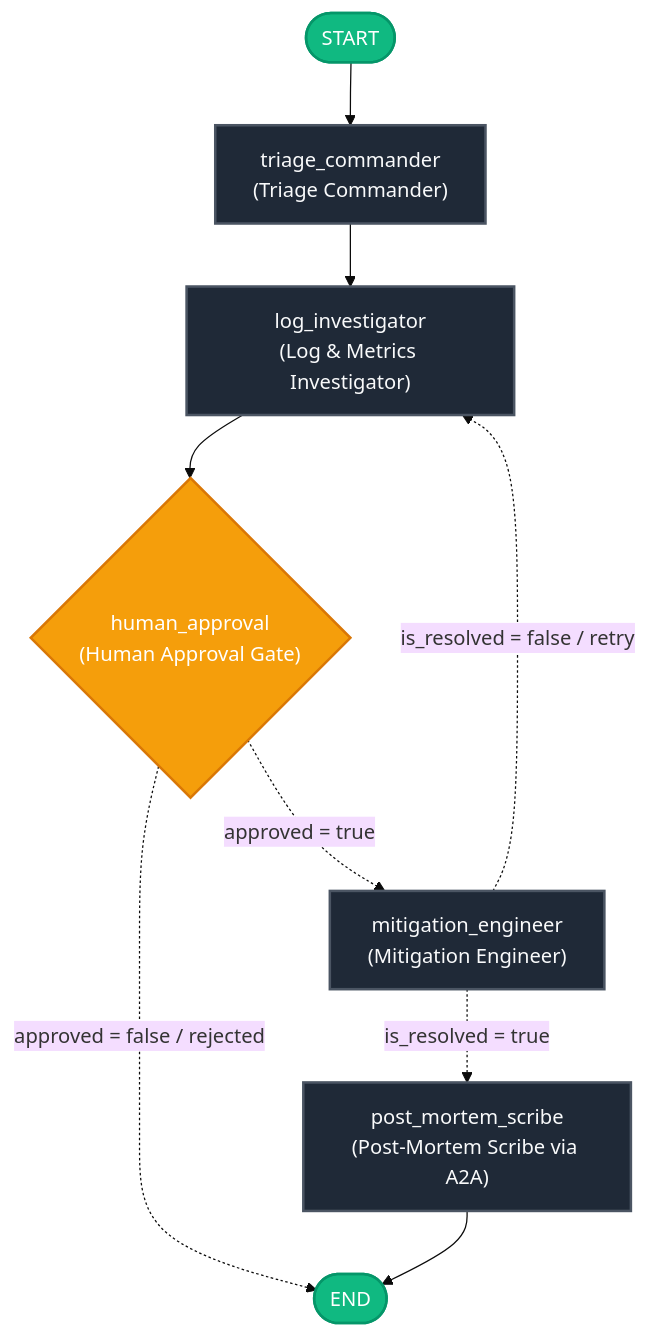
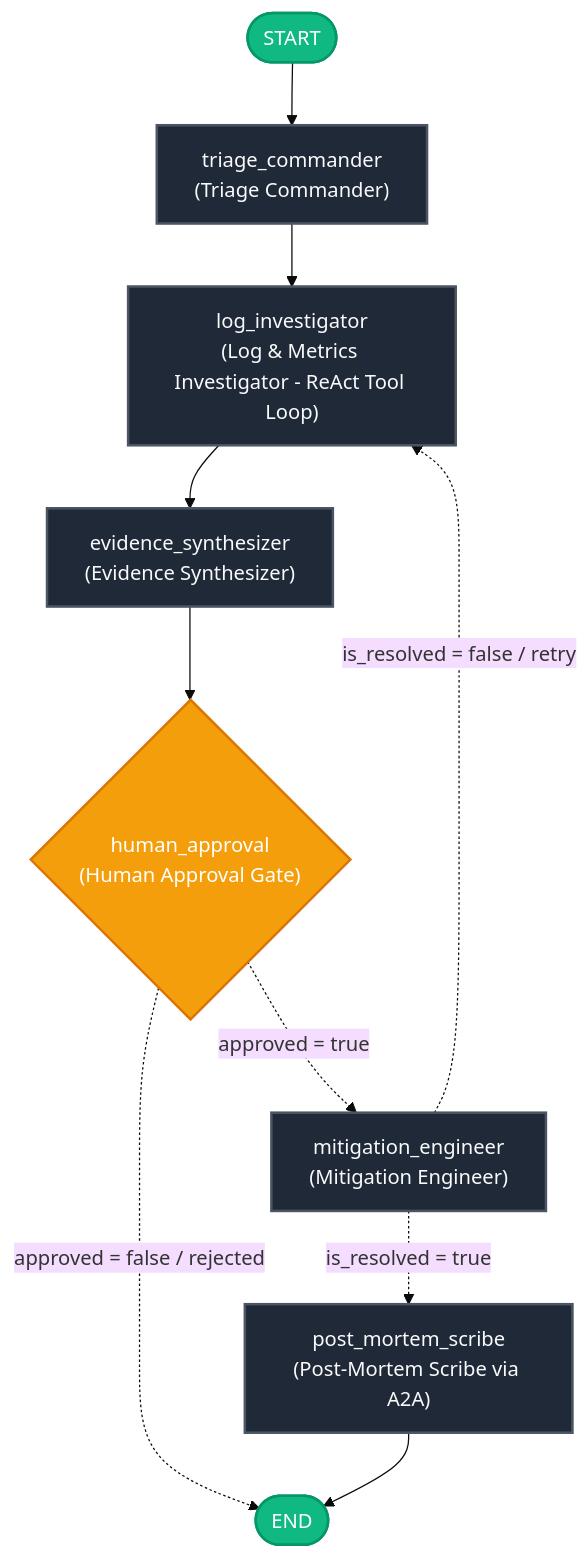
Before and after one commit to aahj/automated-infrastructure-and-post-mortem-engine: the first of 2 diagrams in README.md, drawn with Mermaid (base theme). The commit also changed other lines of this file, not shown here.

````diff
--- a/README.md
+++ b/README.md
@@ -4,31 +4,33 @@
 ```mermaid
 graph TD
     %% Nodes
     START([START]) --> triage_commander[triage_commander<br>#40;Triage Commander#41;]
     
-    triage_commander --> log_investigator[log_investigator<br>#40;Log & Metrics Investigator#41;]
+    triage_commander --> log_investigator[log_investigator<br>#40;Log & Metrics Investigator - ReAct Tool Loop#41;]
     
-    log_investigator --> human_approval{human_approval<br>#40;Human Approval Gate#41;}
+    log_investigator --> evidence_synthesizer[evidence_synthesizer<br>#40;Evidence Synthesizer#41;]
+
+    evidence_synthesizer --> human_approval{human_approval<br>#40;Human Approval Gate#41;}
     
     mitigation_engineer[mitigation_engineer<br>#40;Mitigation Engineer#41;]
     post_mortem_scribe[post_mortem_scribe<br>#40;Post-Mortem Scribe via A2A#41;]
     
     END([END])
 
     %% Edge Transitions
     human_approval -.->|approved = true| mitigation_engineer
     human_approval -.->|approved = false / rejected| END
     
     mitigation_engineer -.->|is_resolved = false / retry| log_investigator
     mitigation_engineer -.->|is_resolved = true| post_mortem_scribe
     
     post_mortem_scribe --> END
 
     %% Styling
     classDef default fill:#1f2937,stroke:#4b5563,stroke-width:2px,color:#f9fafb;
     classDef startEnd fill:#10b981,stroke:#059669,stroke-width:2px,color:#fff;
     classDef conditional fill:#f59e0b,stroke:#d97706,stroke-width:2px,color:#fff;
     
     class START,END startEnd;
     class human_approval conditional;
 ```
````
